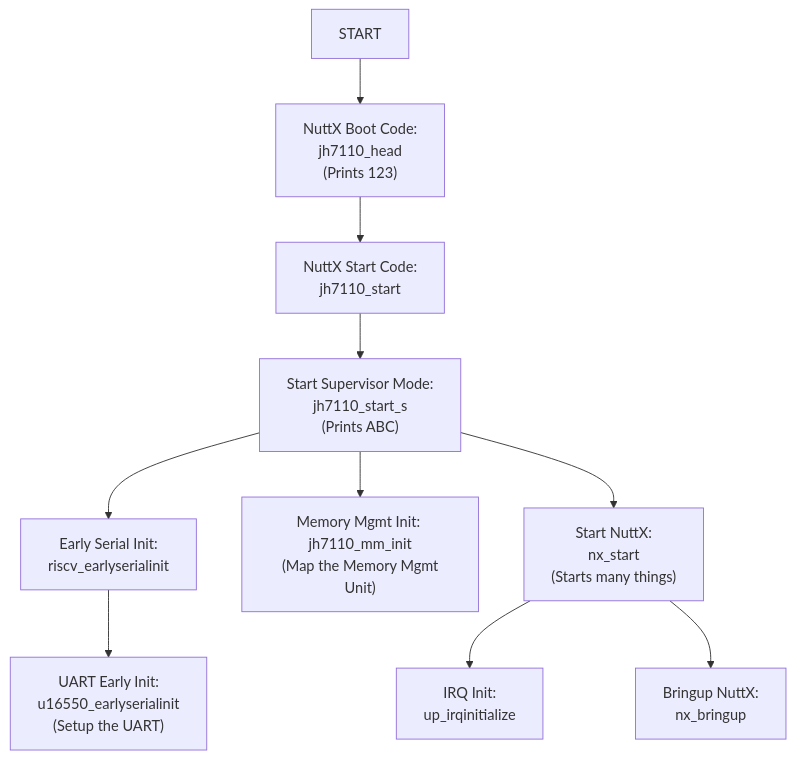
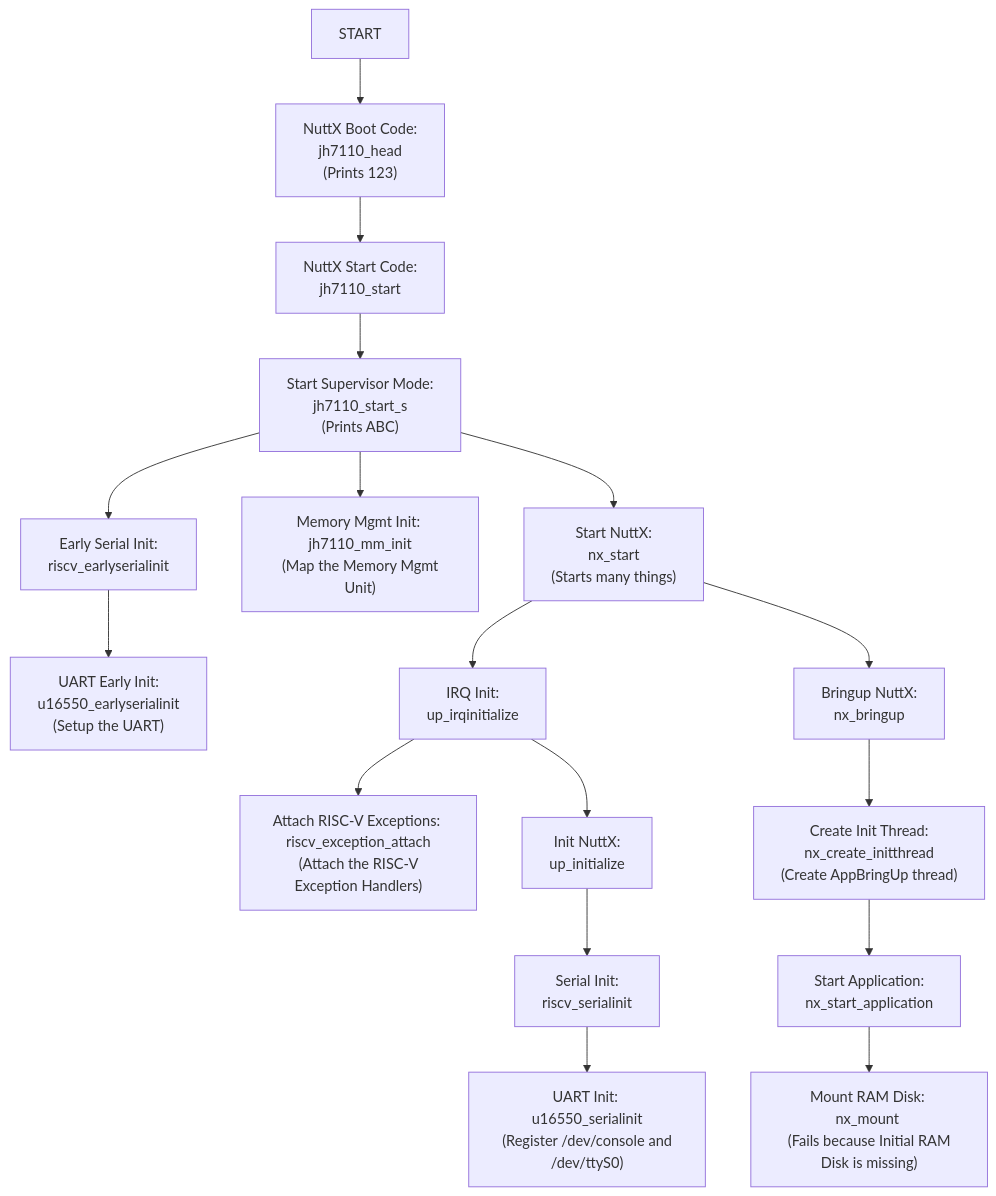
One commit to lupyuen/nuttx-ox64 changed the diagram in README.md. Above: the diagram before and after it, drawn with Mermaid. The commit also changed other lines of this file, not shown here.

````diff
--- a/README.md
+++ b/README.md
@@ -1463,30 +1463,50 @@
 ```mermaid
 flowchart TD
 START --> jh7110_head["NuttX Boot Code: \n jh7110_head \n (Prints 123)"]
 click jh7110_head href "https://github.com/lupyuen2/wip-pinephone-nuttx/blob/ox64/arch/risc-v/src/jh7110/jh7110_head.S#L41-L156" "arch/risc-v/src/jh7110/jh7110_head.S" _blank
 
 jh7110_head --> jh7110_start["NuttX Start Code: \n jh7110_start"]
 click jh7110_start href "https://github.com/lupyuen2/wip-pinephone-nuttx/blob/ox64/arch/risc-v/src/jh7110/jh7110_start.c#L129-L159" "arch/risc-v/src/jh7110/jh7110_start.c" _blank
 
 jh7110_start --> jh7110_start_s["Start Supervisor Mode: \n jh7110_start_s \n (Prints ABC)"]
 click jh7110_start_s href "https://github.com/lupyuen2/wip-pinephone-nuttx/blob/ox64/arch/risc-v/src/jh7110/jh7110_start.c#L82-L129" "arch/risc-v/src/jh7110/jh7110_start.c" _blank
 
 jh7110_start_s --> riscv_earlyserialinit["Early Serial Init: \n riscv_earlyserialinit"]
 click riscv_earlyserialinit href "https://github.com/lupyuen2/wip-pinephone-nuttx/blob/ox64/arch/risc-v/src/jh7110/jh7110_start.c#L159-L164" "arch/risc-v/src/jh7110/jh7110_start.c" _blank
 
 jh7110_start_s --> jh7110_mm_init["Memory Mgmt Init: \n jh7110_mm_init \n (Map the Memory Mgmt Unit)"]
 click jh7110_mm_init href "https://github.com/lupyuen2/wip-pinephone-nuttx/blob/ox64/arch/risc-v/src/jh7110/jh7110_mm_init.c#L259-L284" "arch/risc-v/src/jh7110/jh7110_mm_init.c" _blank
 
 jh7110_start_s --> nx_start["Start NuttX: \n nx_start \n (Starts many things)"]
 click nx_start href "https://github.com/lupyuen2/wip-pinephone-nuttx/blob/ox64/sched/init/nx_start.c#L298-L713" "sched/init/nx_start.c" _blank
 
 riscv_earlyserialinit --> u16550_earlyserialinit["UART Early Init: \n u16550_earlyserialinit \n (Setup the UART)"]
 click u16550_earlyserialinit href "https://github.com/lupyuen2/wip-pinephone-nuttx/blob/ox64/drivers/serial/uart_16550.c#L1722-L1747" "drivers/serial/uart_16550.c" _blank
 
 nx_start --> up_irqinitialize["IRQ Init: \n up_irqinitialize"]
 click up_irqinitialize href "https://github.com/lupyuen2/wip-pinephone-nuttx/blob/ox64/arch/risc-v/src/jh7110/jh7110_irq.c#L41C1-L103" "arch/risc-v/src/jh7110/jh7110_irq.c#" _blank
 
 nx_start --> nx_bringup["Bringup NuttX: \n nx_bringup"]
 click nx_bringup href "https://github.com/lupyuen2/wip-pinephone-nuttx/blob/ox64/sched/init/nx_bringup.c#L373-L462" "sched/init/nx_bringup.c" _blank
 
+up_irqinitialize --> riscv_exception_attach["Attach RISC-V Exceptions: \n riscv_exception_attach \n (Attach the RISC-V Exception Handlers)"]
+click riscv_exception_attach href "https://github.com/lupyuen2/wip-pinephone-nuttx/blob/ox64/arch/risc-v/src/common/riscv_exception.c#L89-L142" "arch/risc-v/src/common/riscv_exception.c" _blank
+
+up_irqinitialize --> up_initialize["Init NuttX: \n up_initialize"]
+click up_initialize href "https://github.com/lupyuen2/wip-pinephone-nuttx/blob/ox64/arch/risc-v/src/common/riscv_initialize.c#L70-L132" "arch/risc-v/src/common/riscv_initialize.c" _blank
+
+up_initialize --> riscv_serialinit["Serial Init: \n riscv_serialinit"]
+click riscv_serialinit href "https://github.com/lupyuen2/wip-pinephone-nuttx/blob/ox64/arch/risc-v/src/jh7110/jh7110_start.c#L164-L168" "arch/risc-v/src/jh7110/jh7110_start.c" _blank
+
+riscv_serialinit --> u16550_serialinit["UART Init: \n u16550_serialinit \n (Register /dev/console and /dev/ttyS0)"]
+click u16550_serialinit href "https://github.com/lupyuen2/wip-pinephone-nuttx/blob/ox64/drivers/serial/uart_16550.c#L1747-L1775" "drivers/serial/uart_16550.c" _blank
+
+nx_bringup --> nx_create_initthread["Create Init Thread: \n nx_create_initthread \n (Create AppBringUp thread)"]
+click aaa href "https://github.com/lupyuen2/wip-pinephone-nuttx/blob/ox64/sched/init/nx_bringup.c#L330-L369" "sched/init/nx_bringup.c" _blank
+
+nx_create_initthread --> nx_start_application["Start Application: \n nx_start_application"]
+click nx_start_application href "https://github.com/lupyuen2/wip-pinephone-nuttx/blob/ox64/sched/init/nx_bringup.c#L212-L304" "sched/init/nx_bringup.c" _blank
+
+nx_start_application --> nx_mount["Mount RAM Disk: nx_mount \n (Fails because Initial RAM Disk is missing)"]
+click nx_mount href "https://github.com/lupyuen2/wip-pinephone-nuttx/blob/ox64/fs/mount/fs_mount.c#L260-L514" "fs/mount/fs_mount.c" _blank
 ```
````
